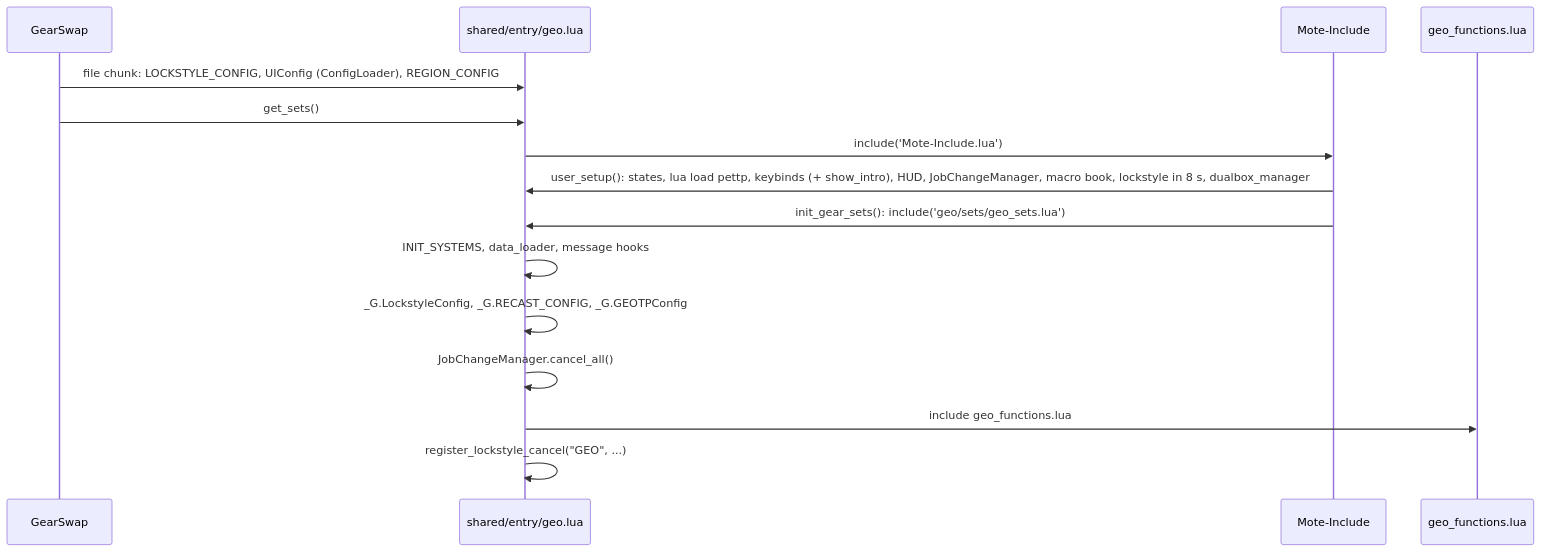
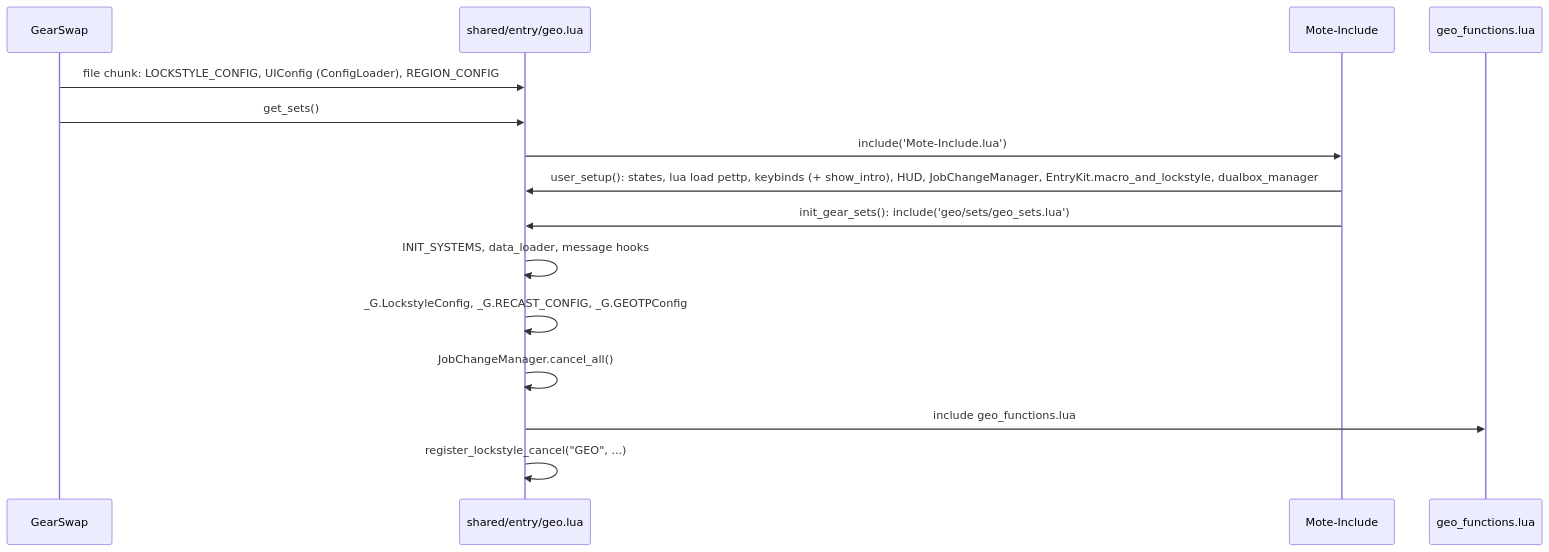
Before and after one commit to ejouanchicot/Gearswap: the first of 3 diagrams in docs/dev/jobs/geo.md, drawn with Mermaid. The commit also changed other lines of this file and 100 other files, not shown here.

````diff
--- a/docs/dev/jobs/geo.md
+++ b/docs/dev/jobs/geo.md
@@ -90,17 +90,17 @@
 ```mermaid
 sequenceDiagram
     participant GS as GearSwap
     participant E as shared/entry/geo.lua
     participant M as Mote-Include
     participant F as geo_functions.lua
     GS->>E: file chunk: LOCKSTYLE_CONFIG, UIConfig (ConfigLoader), REGION_CONFIG
     GS->>E: get_sets()
     E->>M: include('Mote-Include.lua')
-    M->>E: user_setup(): states, lua load pettp, keybinds (+ show_intro), HUD, JobChangeManager, macro book, lockstyle in 8 s, dualbox_manager
+    M->>E: user_setup(): states, lua load pettp, keybinds (+ show_intro), HUD, JobChangeManager, EntryKit.macro_and_lockstyle, dualbox_manager
     M->>E: init_gear_sets(): include('geo/sets/geo_sets.lua')
     E->>E: INIT_SYSTEMS, data_loader, message hooks
     E->>E: _G.LockstyleConfig, _G.RECAST_CONFIG, _G.GEOTPConfig
     E->>E: JobChangeManager.cancel_all()
     E->>F: include geo_functions.lua
     E->>E: register_lockstyle_cancel("GEO", ...)
 ```
````
